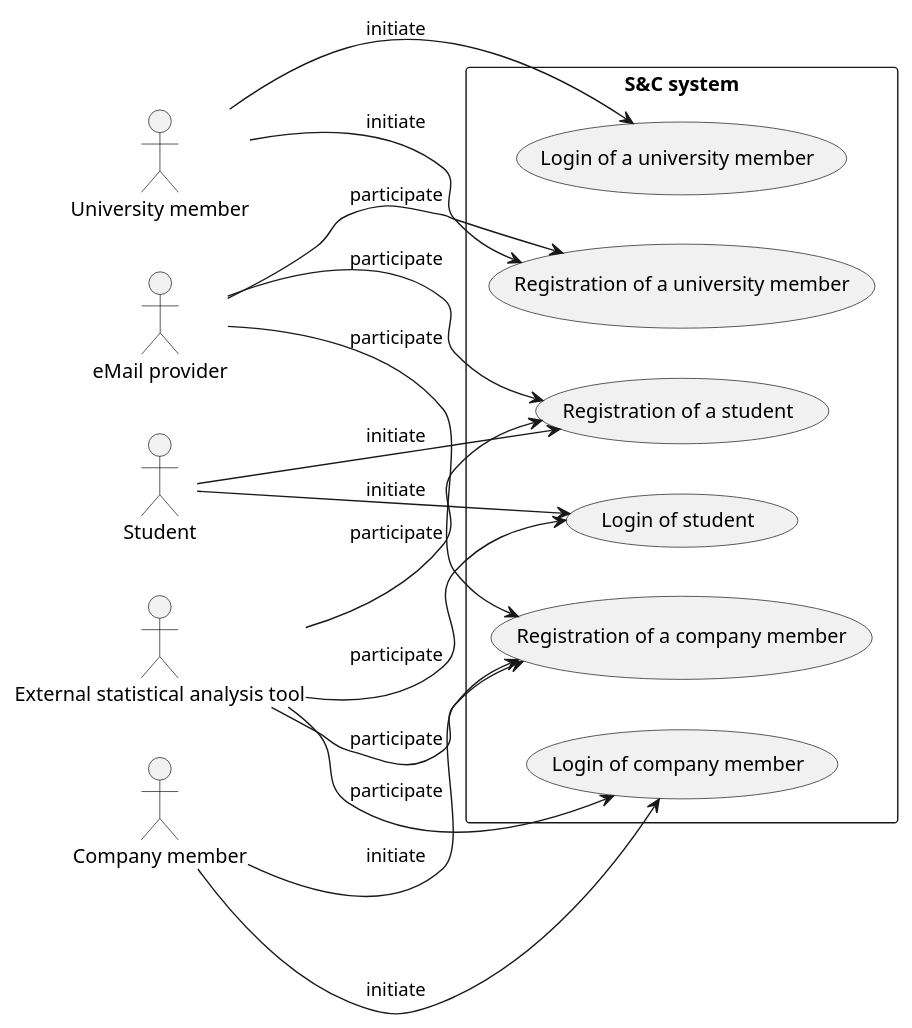
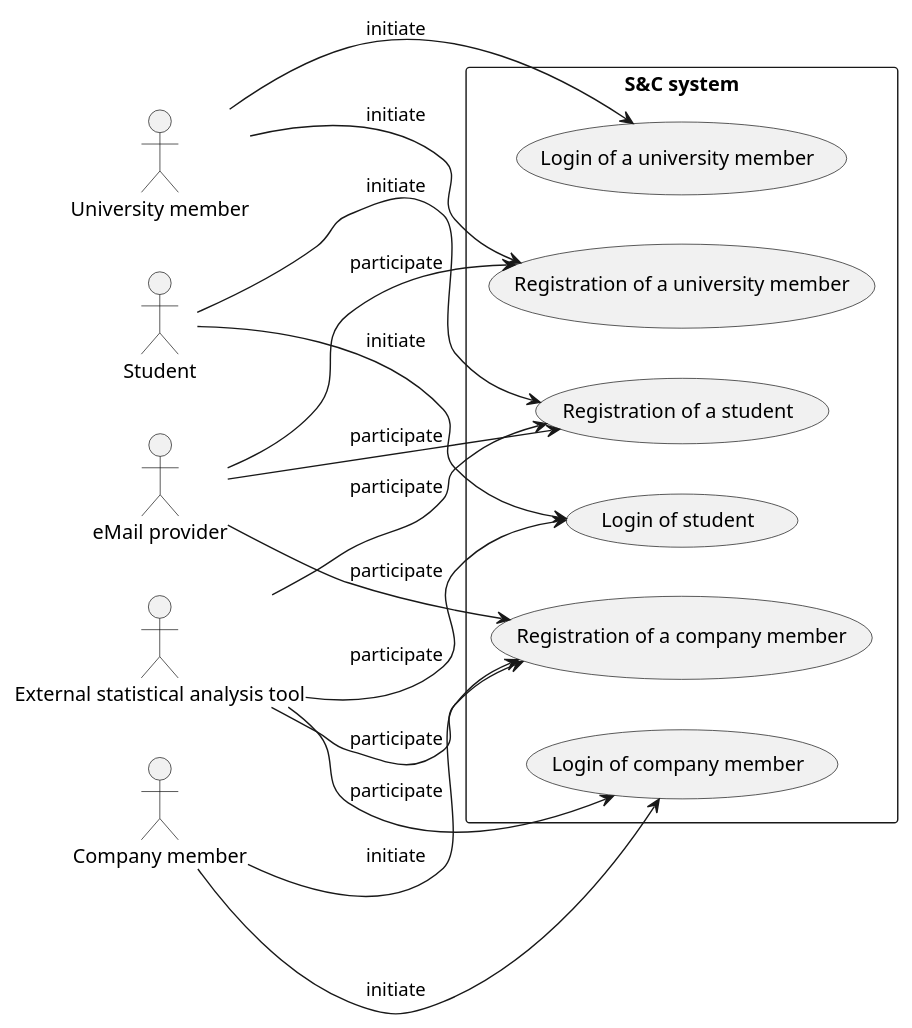
Before and after one commit to matti8702/R_and_DD_project_SE2: the diagram in RASD/Specific_requirements/uml_diagrams/use_cases_diagram1.puml, drawn with PlantUML. The commit also changed 6 other files, not shown here.

Commit message:
refactor: improve readability of use case diagrams

```diff
--- a/RASD/Specific_requirements/uml_diagrams/use_cases_diagram1.puml
+++ b/RASD/Specific_requirements/uml_diagrams/use_cases_diagram1.puml
@@ -1,39 +1,39 @@
 @startuml use_cases_diagram1
 left to right direction
 
 together{
     actor :Student: as ST
     actor :Company member: as CM
     actor :University member: as UM
     actor :External statistical analysis tool: as STAT
     actor :eMail provider: as EMAIL
 }
 
 rectangle "S&C system"{
     usecase (Registration of a university member) as UC1
     usecase (Registration of a company member) as UC2
     usecase (Registration of a student) as UC3
     usecase (Login of a university member) as UC4
     usecase (Login of student) as UC5
     usecase (Login of company member) as UC6
 }
 
 UM -> UC1: initiate
-EMAIL -> UC1: participate
+EMAIL --> UC1: participate
 
 CM --> UC2: initiate
 EMAIL --> UC2: participate
 STAT --> UC2: participate
 
 ST -> UC3: initiate
 EMAIL --> UC3: participate
 STAT --> UC3: participate
 
 UM -> UC4: initiate
 
 ST -> UC5: initiate
-STAT -> UC5: participate
+STAT --> UC5: participate
 
 CM -> UC6: initiate
-STAT -> UC6: participate
+STAT --> UC6: participate
 @enduml
```
